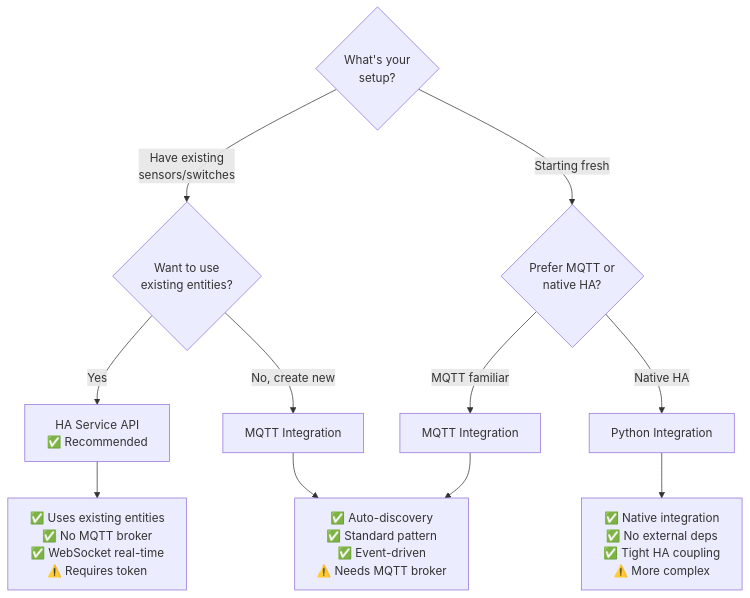
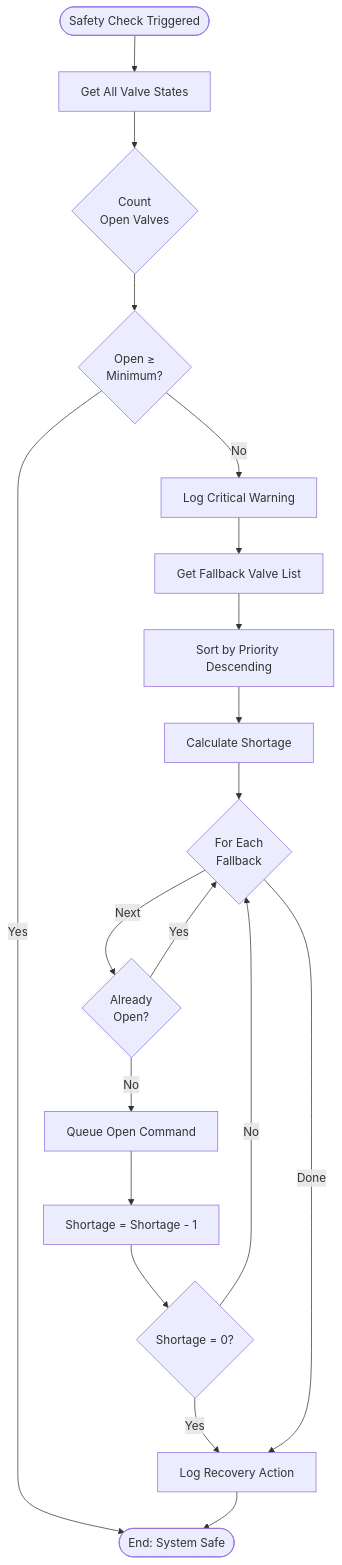
One commit to Chester929/ha_multizone_climate changed diagram 13 of 24 in DIAGRAMS.md. Above: the diagram before and after it, drawn with Mermaid. The commit also changed other lines of this file and 2 other files, not shown here.

Commit message:
Regenerate DIAGRAMS.md for 2-container architecture

````diff
--- a/DIAGRAMS.md
+++ b/DIAGRAMS.md
@@ -1367,20 +905,24 @@
 ```mermaid
 flowchart TD
-    Start{What's your<br/>setup?}
+    Start([Safety Check Triggered]) --> GetValves[Get All Valve States]
+    GetValves --> CountOpen{Count<br/>Open Valves}
+    CountOpen --> CheckMin{Open ≥<br/>Minimum?}
     
-    Start -->|Have existing<br/>sensors/switches| HasEntities{Want to use<br/>existing entities?}
-    Start -->|Starting fresh| Fresh{Prefer MQTT or<br/>native HA?}
+    CheckMin -->|Yes| End([End: System Safe])
+    CheckMin -->|No| LogWarning[Log Critical Warning]
+    LogWarning --> GetFallback[Get Fallback Valve List]
+    GetFallback --> SortPriority[Sort by Priority Descending]
+    SortPriority --> CalcShortage[Calculate Shortage]
     
-    HasEntities -->|Yes| ServiceAPI[HA Service API<br/>✅ Recommended]
-    HasEntities -->|No, create new| MQTT1[MQTT Integration]
+    CalcShortage --> SelectLoop{For Each<br/>Fallback}
+    SelectLoop -->|Next| CheckSelected{Already<br/>Open?}
+    CheckSelected -->|Yes| SelectLoop
+    CheckSelected -->|No| QueueOpen[Queue Open Command]
+    QueueOpen --> DecrShortage[Shortage = Shortage - 1]
+    DecrShortage --> CheckDone{Shortage = 0?}
+    CheckDone -->|No| SelectLoop
+    CheckDone -->|Yes| LogRecovery[Log Recovery Action]
     
-    Fresh -->|MQTT familiar| MQTT2[MQTT Integration]
-    Fresh -->|Native HA| Python[Python Integration]
-    
-    ServiceAPI --> Benefits1[✅ Uses existing entities<br/>✅ No MQTT broker<br/>✅ WebSocket real-time<br/>⚠️ Requires token]
-    
-    MQTT1 --> Benefits2[✅ Auto-discovery<br/>✅ Standard pattern<br/>✅ Event-driven<br/>⚠️ Needs MQTT broker]
-    MQTT2 --> Benefits2
-    
-    Python --> Benefits3[✅ Native integration<br/>✅ No external deps<br/>✅ Tight HA coupling<br/>⚠️ More complex]
+    SelectLoop -->|Done| LogRecovery
+    LogRecovery --> End
 ```
````
